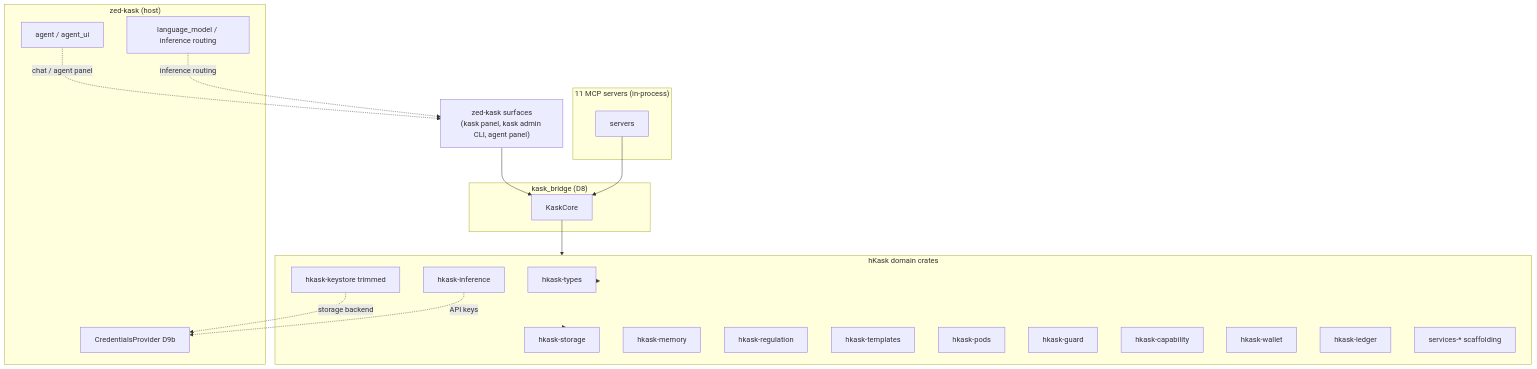
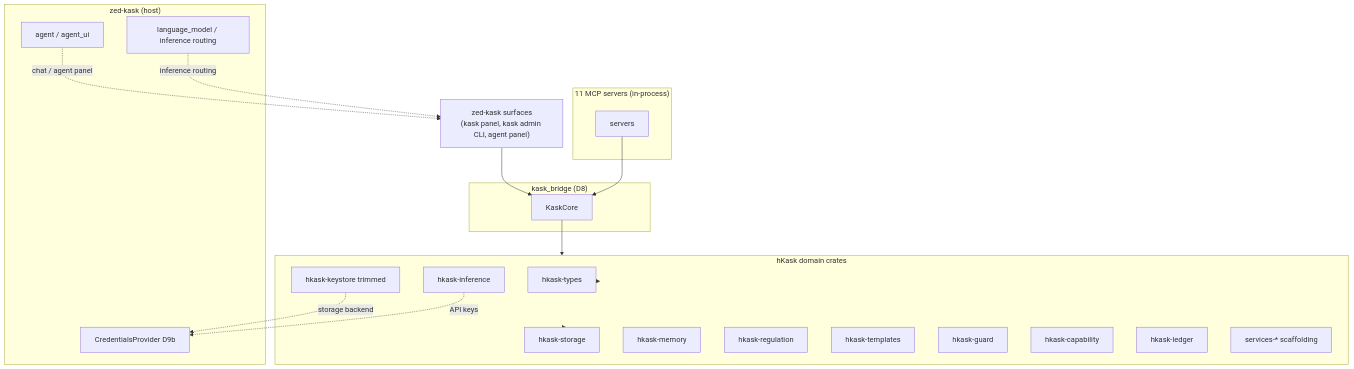
One commit to mdz-axo/zed-kask changed the diagram in kask/docs/architecture/core/MDS.md. Above: the diagram before and after it, drawn with Mermaid. The commit also changed other lines of this file and 5 other files, not shown here.

````diff
--- a/kask/docs/architecture/core/MDS.md
+++ b/kask/docs/architecture/core/MDS.md
@@ -601,40 +600,38 @@
 ```mermaid
 graph TD
     ZEDSURF["zed-kask surfaces<br/>(kask panel, kask admin CLI, agent panel)"]
     subgraph BRIDGE["kask_bridge (D8)"]
         KC[KaskCore]
     end
     subgraph MCP["11 MCP servers (in-process)"]
         MSRV[servers]
     end
     subgraph HKASK["hKask domain crates"]
         TYPES[hkask-types]
         STORE[hkask-storage]
         MEM[hkask-memory]
         REG[hkask-regulation]
         TEMPLATES[hkask-templates]
-        PODS[hkask-pods]
         GUARD[hkask-guard]
         CAP[hkask-capability]
         KS[hkask-keystore trimmed]
-        WALLET[hkask-wallet]
         LEDGER[hkask-ledger]
         INF[hkask-inference]
         SVCS[services-* scaffolding]
     end
     subgraph ZED["zed-kask (host)"]
         CRED[CredentialsProvider D9b]
         LM[language_model / inference routing]
         AGENT[agent / agent_ui]
     end
 
     ZEDSURF --> KC
     MSRV --> KC
     KC --> HKASK
     KS -.->|"storage backend"| CRED
     INF -.->|"API keys"| CRED
     HKASK --> TYPES
     HKASK --> STORE
     AGENT -.->|"chat / agent panel"| ZEDSURF
     LM -.->|"inference routing"| ZEDSURF
 ```
````
